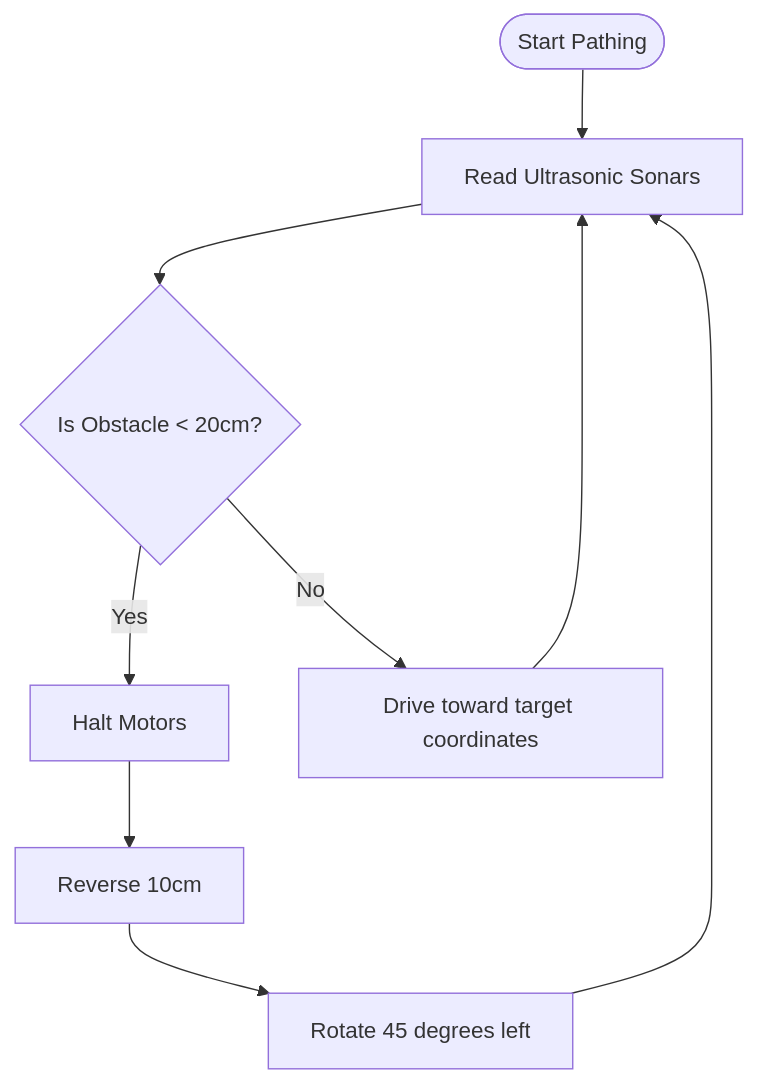
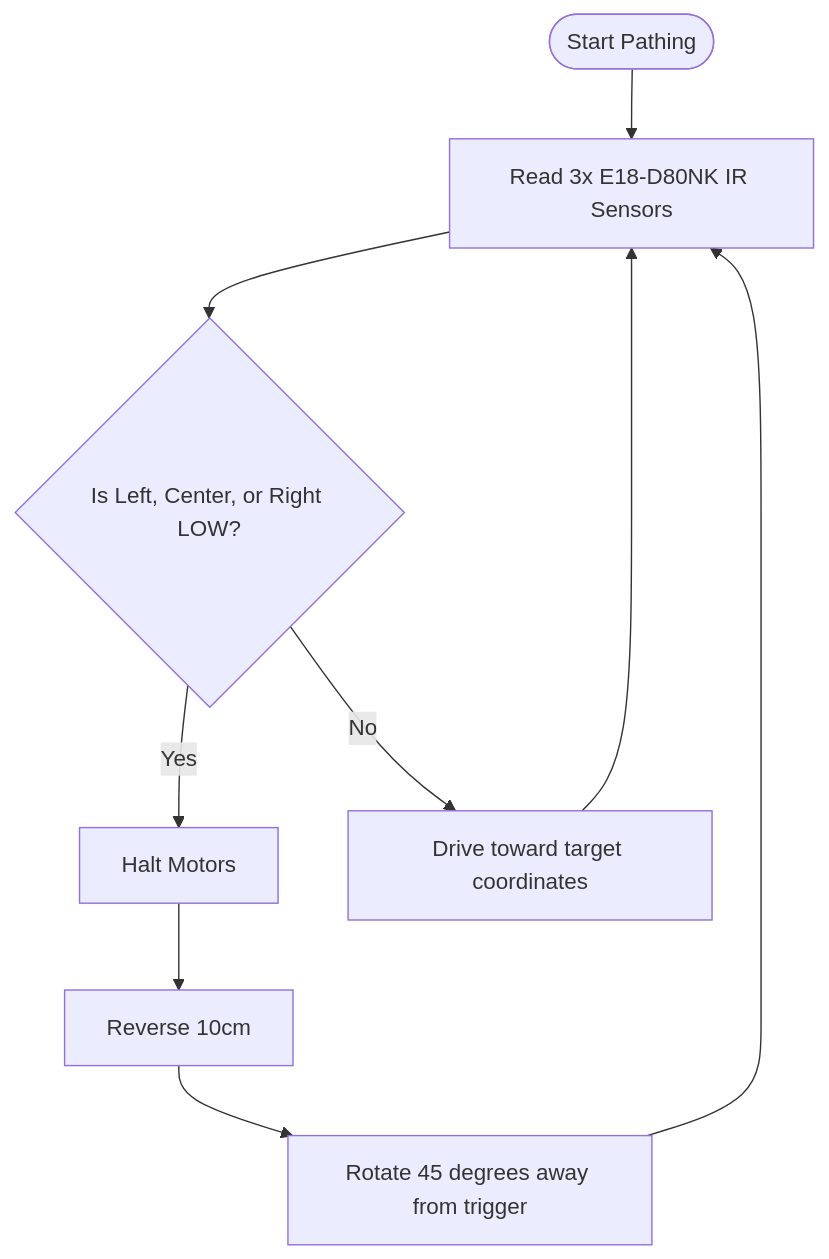
Before and after one commit to sakxam-xeetri/P.R.A.Y.A.S: the diagram in docs/06_Control/Autonomous_Control.md, drawn with Mermaid. The commit also changed other lines of this file and 53 other files, not shown here.

Commit message:
docs: initialize comprehensive technical documentation and project architecture assets

````diff
--- a/docs/06_Control/Autonomous_Control.md
+++ b/docs/06_Control/Autonomous_Control.md
@@ -9,13 +9,13 @@
 ```mermaid
 flowchart TD
-    Start([Start Pathing]) --> ReadSensors[Read Ultrasonic Sonars]
-    ReadSensors --> CheckDist{Is Obstacle < 20cm?}
+    Start([Start Pathing]) --> ReadSensors[Read 3x E18-D80NK IR Sensors]
+    ReadSensors --> CheckIR{Is Left, Center, or Right LOW?}
     
-    CheckDist -- Yes --> StopBase[Halt Motors]
+    CheckIR -- Yes --> StopBase[Halt Motors]
     StopBase --> BackUp[Reverse 10cm]
-    BackUp --> SpinBase[Rotate 45 degrees left]
+    BackUp --> SpinBase[Rotate 45 degrees away from trigger]
     SpinBase --> ReadSensors
     
-    CheckDist -- No --> DriveForward[Drive toward target coordinates]
+    CheckIR -- No --> DriveForward[Drive toward target coordinates]
     DriveForward --> ReadSensors
 ```
````
